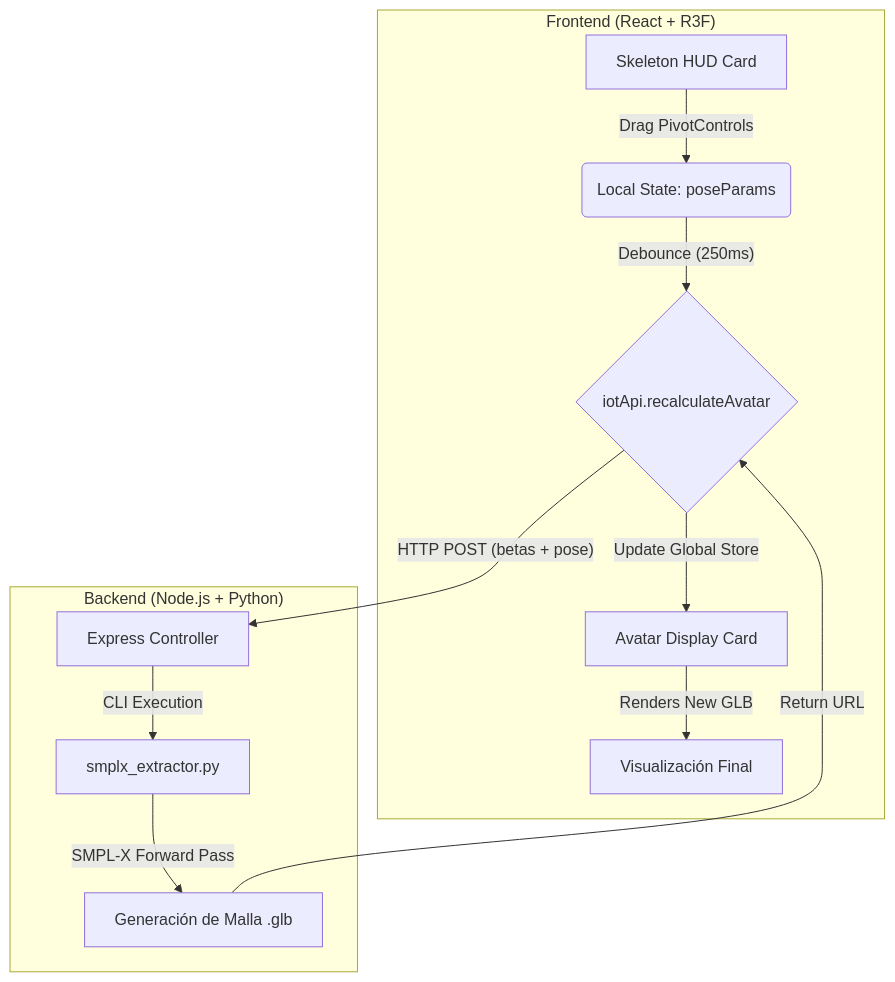
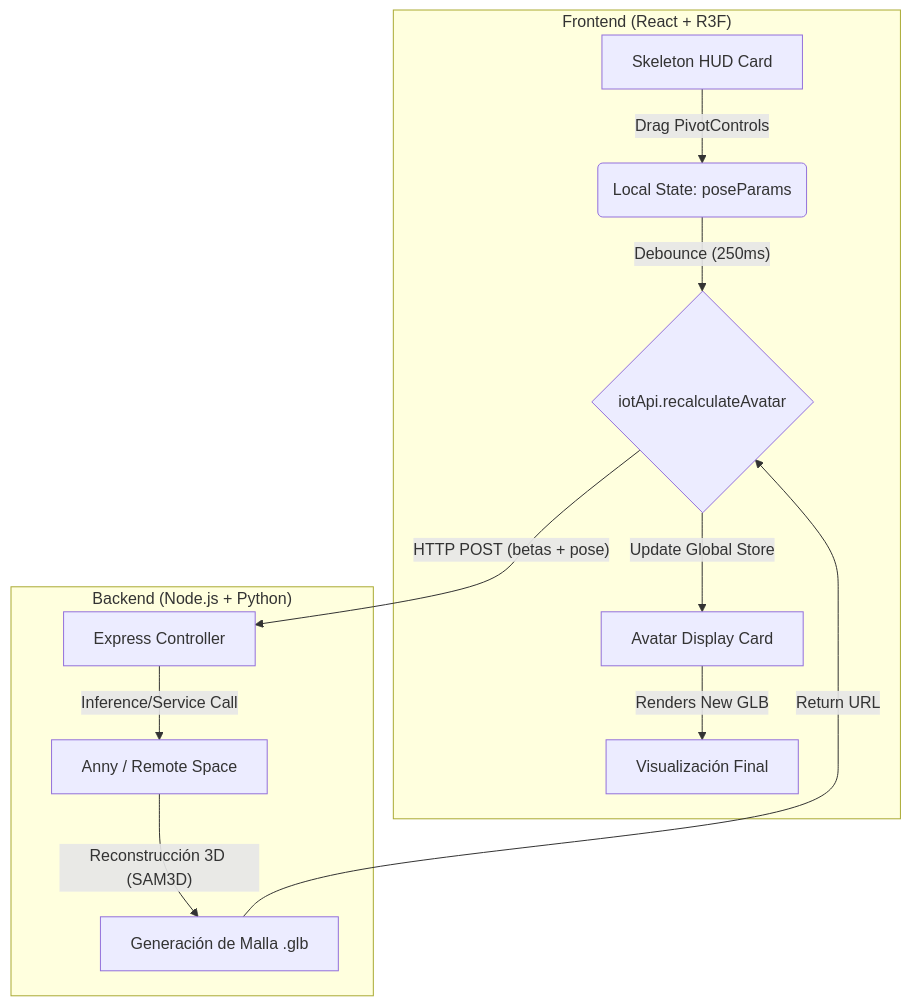
The diagram in Frontend/src/views/avatar/ARCH_POSE.md (frealpe/avatar), drawn with Mermaid before and after one commit. The commit also changed 440 other files, not shown here.

Commit message:
feat: redesign biometric console, refine recalculation pipeline, and implement smpl-x pose persistence

````diff
--- a/Frontend/src/views/avatar/ARCH_POSE.md
+++ b/Frontend/src/views/avatar/ARCH_POSE.md
@@ -7,17 +7,17 @@
 ```mermaid
 graph TD
     subgraph "Frontend (React + R3F)"
         A[Skeleton HUD Card] -- "Drag PivotControls" --> B(Local State: poseParams)
         B -- "Debounce (250ms)" --> C{iotApi.recalculateAvatar}
         E[Avatar Display Card] -- "Renders New GLB" --> F[Visualización Final]
     end
 
     subgraph "Backend (Node.js + Python)"
-        C -- "HTTP POST (betas + pose)" --> D[Express Controller]
-        D -- "CLI Execution" --> G[smplx_extractor.py]
-        G -- "SMPL-X Forward Pass" --> H[Generación de Malla .glb]
-        H -- "Return URL" --> C
+    C -- "HTTP POST (betas + pose)" --> D[Express Controller]
+    D -- "Inference/Service Call" --> G[Anny / Remote Space]
+    G -- "Reconstrucción 3D (SAM3D)" --> H[Generación de Malla .glb]
+    H -- "Return URL" --> C
     end
 
     C -- "Update Global Store" --> E
 ```
````
